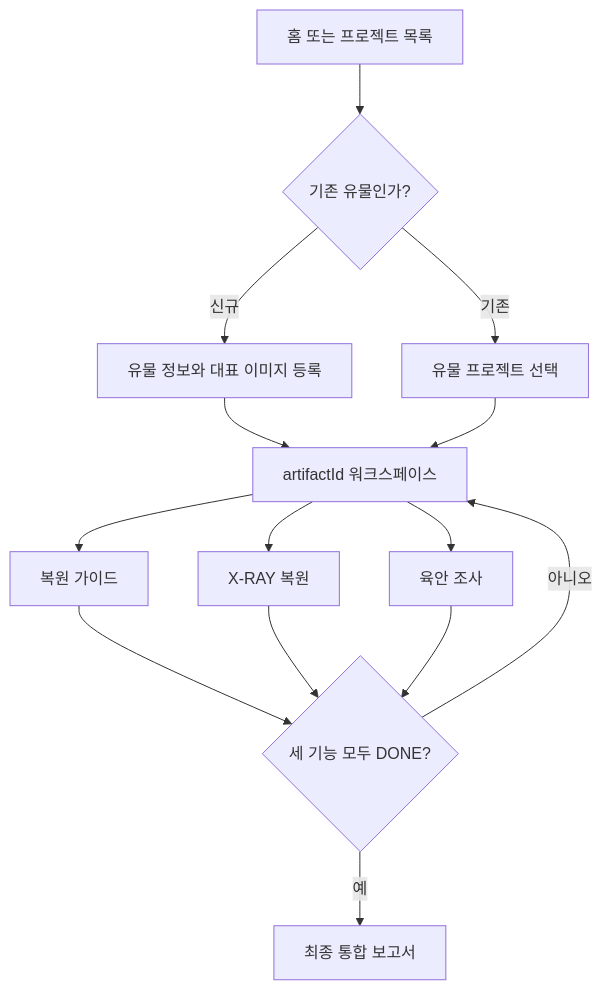
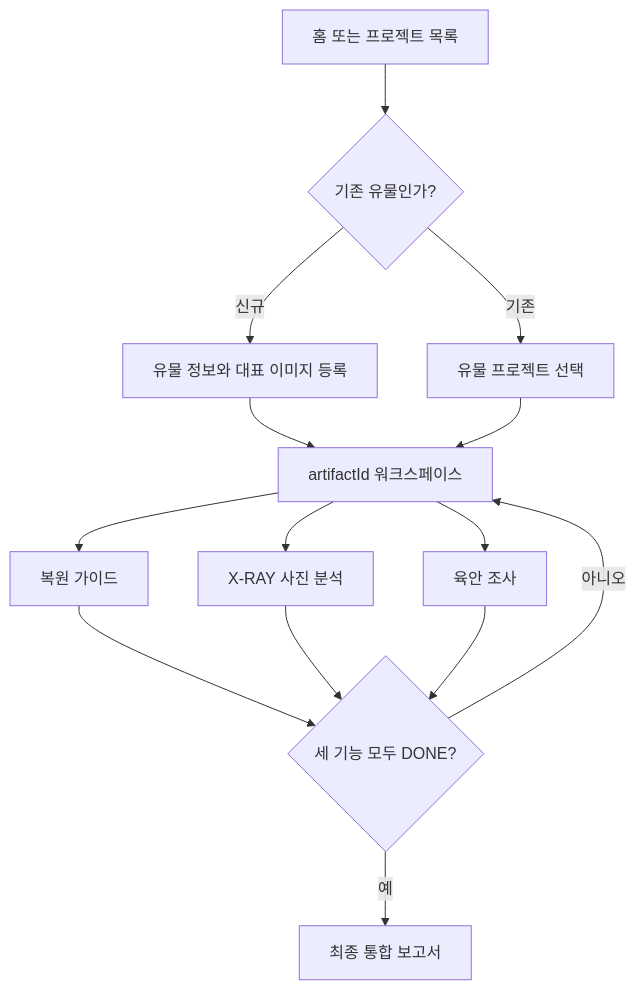
The first of 3 diagrams in README.md (BigProject09/cultural-heritage-fe), drawn with Mermaid before and after one commit. The commit also changed other lines of this file and 3 other files, not shown here.

````diff
--- a/README.md
+++ b/README.md
@@ -17,16 +17,16 @@
 ```mermaid
 flowchart TD
     A[홈 또는 프로젝트 목록] --> B{기존 유물인가?}
     B -->|신규| C[유물 정보와 대표 이미지 등록]
     B -->|기존| D[유물 프로젝트 선택]
     C --> E[artifactId 워크스페이스]
     D --> E
     E --> F[복원 가이드]
-    E --> G[X-RAY 복원]
+    E --> G[X-RAY 사진 분석]
     E --> H[육안 조사]
     F --> I{세 기능 모두 DONE?}
     G --> I
     H --> I
     I -->|아니오| E
     I -->|예| J[최종 통합 보고서]
 ```
````
